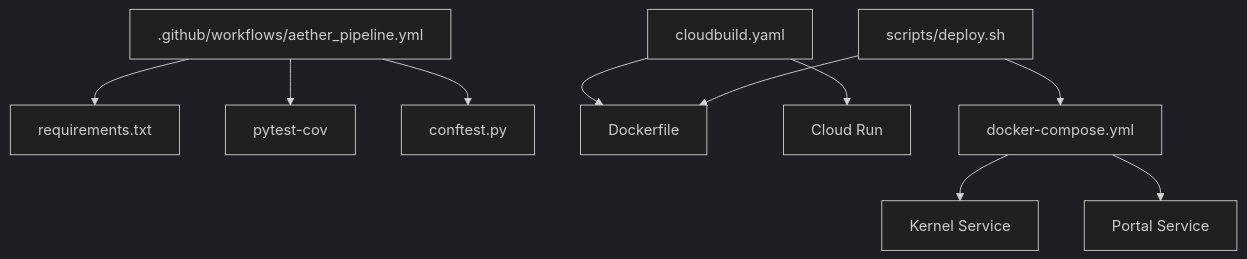
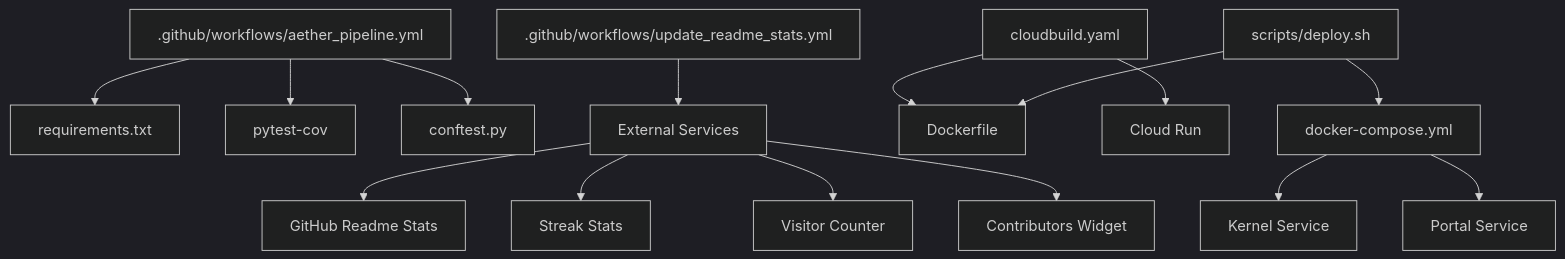
One commit to Moeabdelaziz007/Aether-Voice-OS changed the ninth of 9 diagrams in .qoder/repowiki/en/content/Deployment and Operations/CI_CD Pipeline and Automated Deployment.md. Above: the diagram before and after it, drawn with Mermaid (dark theme). The commit also changed other lines of this file and 10 other files, not shown here.

````diff
--- a/.qoder/repowiki/en/content/Deployment and Operations/CI_CD Pipeline and Automated Deployment.md
+++ b/.qoder/repowiki/en/content/Deployment and Operations/CI_CD Pipeline and Automated Deployment.md
@@ -278,12 +369,17 @@
 ```mermaid
 graph TB
 GA[".github/workflows/aether_pipeline.yml"] --> REQ["requirements.txt"]
 GA --> COV["pytest-cov"]
 GA --> CONF["conftest.py"]
+MAINT[".github/workflows/update_readme_stats.yml"] --> EXT["External Services"]
+EXT --> STATS["GitHub Readme Stats"]
+EXT --> STREAK["Streak Stats"]
+EXT --> VIS["Visitor Counter"]
+EXT --> CONTRIB["Contributors Widget"]
 GCB["cloudbuild.yaml"] --> DKF["Dockerfile"]
 GCB --> CR["Cloud Run"]
 LDEP["scripts/deploy.sh"] --> DCMP["docker-compose.yml"]
 LDEP --> DKF
 DCMP --> KER["Kernel Service"]
 DCMP --> POR["Portal Service"]
 ```
````
